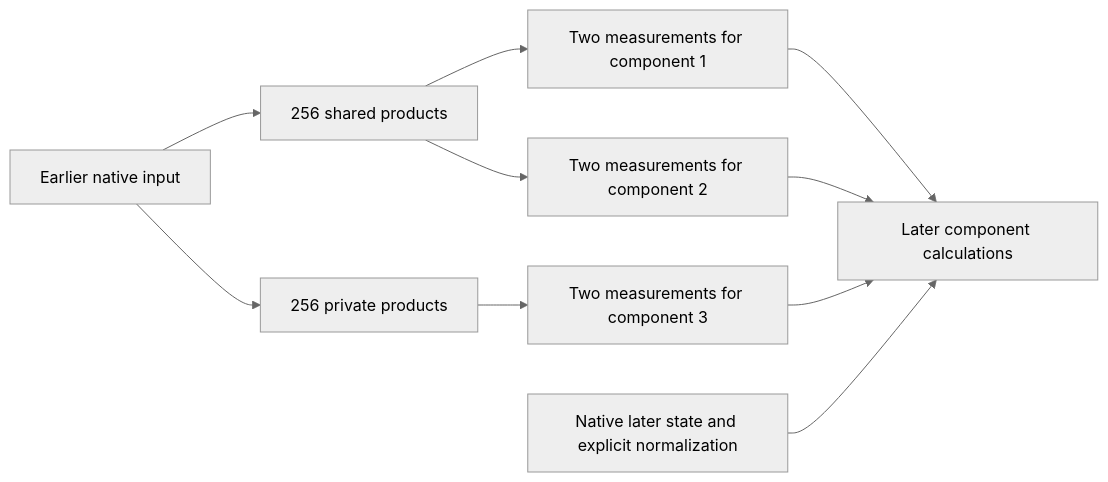
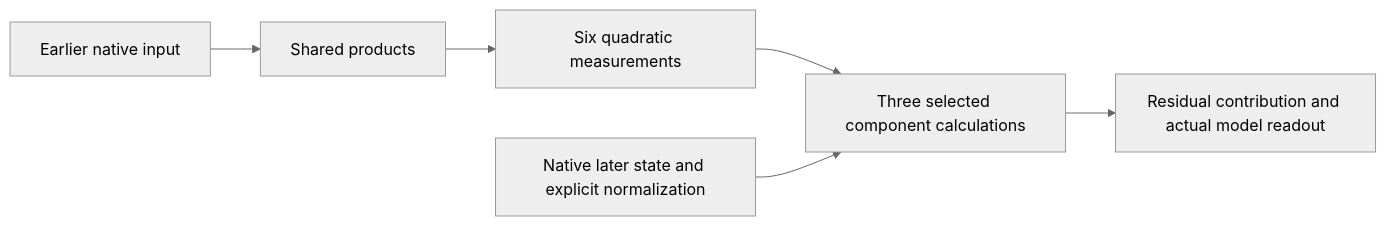
The second of 2 diagrams in basis_aligned/polynomial_causal/explanations/for_logan/research_update_2026-09-21_0104_full_coverage_and_shared_baselines.md (loganriggs/tensor_language), drawn with Mermaid (neutral theme) before and after one commit. The commit also changed other lines of this file and 2 other files, not shown here.

Commit message:
Clarify two-stage decomposition trajectory and distinguish experiment scopes

````diff
--- a/basis_aligned/polynomial_causal/explanations/for_logan/research_update_2026-09-21_0104_full_coverage_and_shared_baselines.md
+++ b/basis_aligned/polynomial_causal/explanations/for_logan/research_update_2026-09-21_0104_full_coverage_and_shared_baselines.md
@@ -126,12 +132,8 @@
 ```mermaid
 flowchart LR
-    Z[Earlier native input] --> S[256 shared products]
-    S --> A[Two measurements for component 1]
-    S --> B[Two measurements for component 2]
-    Z --> P[256 private products]
-    P --> C[Two measurements for component 3]
-    A --> O[Later component calculations]
-    B --> O
-    C --> O
-    H[Native later state and explicit normalization] --> O
+    Z[Earlier native input] --> S[Shared products]
+    S --> Q[Six quadratic measurements]
+    Q --> C[Three selected component calculations]
+    H[Native later state and explicit normalization] --> C
+    C --> W[Residual contribution and actual model readout]
 ```
````
